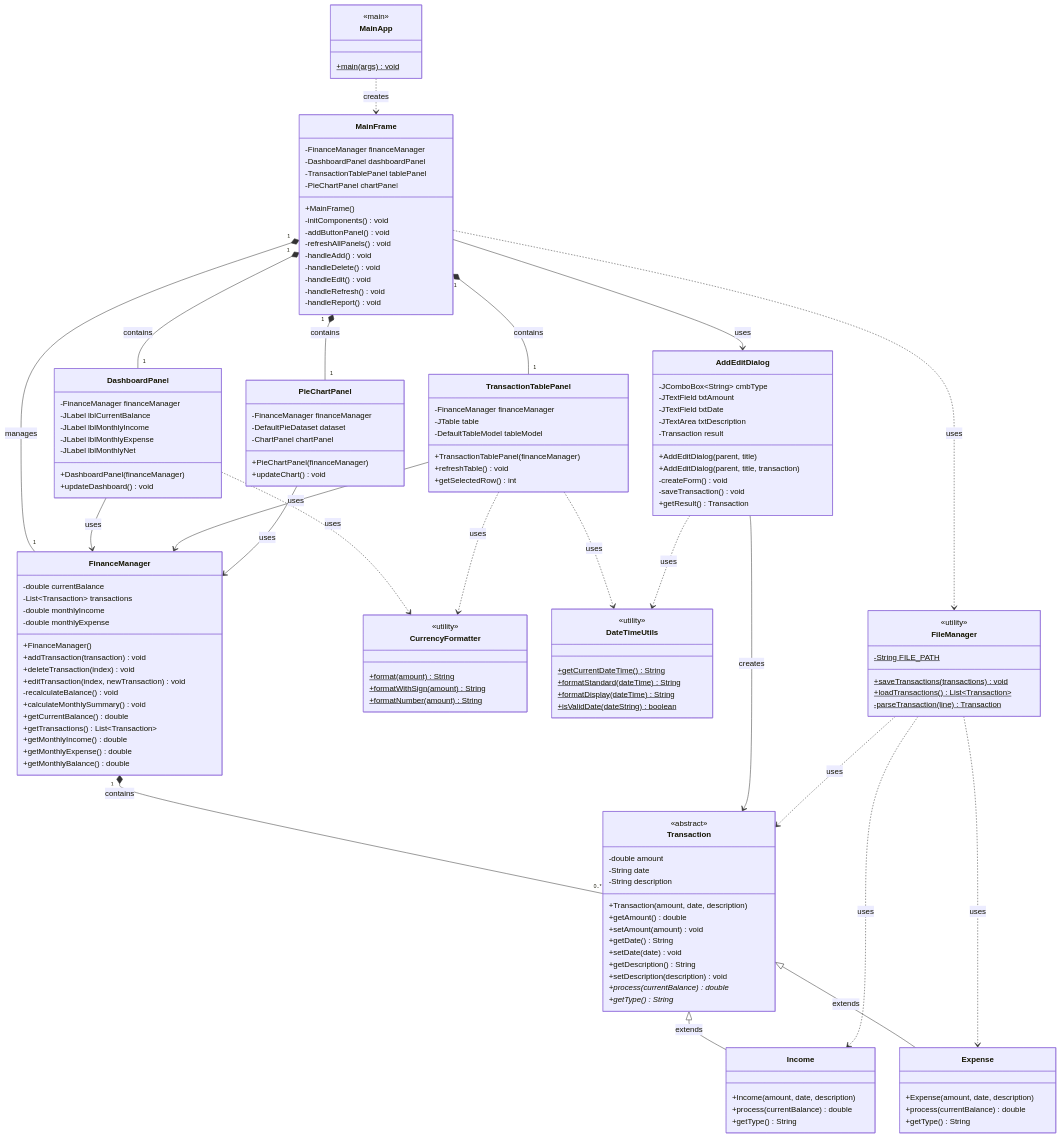
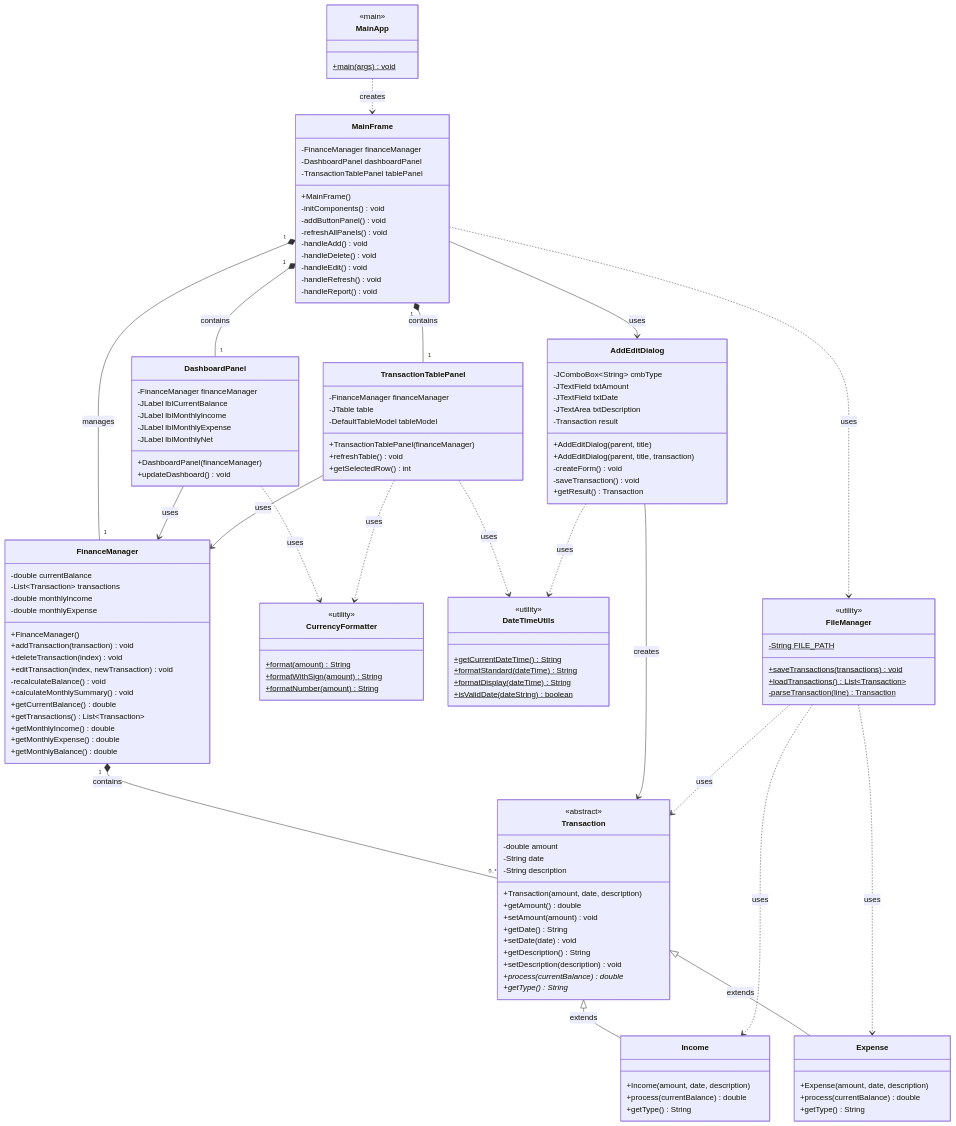
Before and after one commit to FataZikrillah/PBO-UAS: the second of 5 diagrams in UML.md, drawn with Mermaid. The commit also changed other lines of this file and 3 other files, not shown here.

```diff
--- a/UML.md
+++ b/UML.md
@@ -94,7 +94,6 @@
         -FinanceManager financeManager
         -DashboardPanel dashboardPanel
         -TransactionTablePanel tablePanel
-        -PieChartPanel chartPanel
         +MainFrame()
         -initComponents() void
         -addButtonPanel() void
@@ -123,14 +122,6 @@
         +TransactionTablePanel(financeManager)
         +refreshTable() void
         +getSelectedRow() int
-    }
-    
-    class PieChartPanel {
-        -FinanceManager financeManager
-        -DefaultPieDataset dataset
-        -ChartPanel chartPanel
-        +PieChartPanel(financeManager)
-        +updateChart() void
     }
     
     class AddEditDialog {
@@ -184,12 +175,10 @@
     MainFrame "1" *-- "1" FinanceManager : manages
     MainFrame "1" *-- "1" DashboardPanel : contains
     MainFrame "1" *-- "1" TransactionTablePanel : contains
-    MainFrame "1" *-- "1" PieChartPanel : contains
     
     %% Relationships - Association
     DashboardPanel --> FinanceManager : uses
     TransactionTablePanel --> FinanceManager : uses
-    PieChartPanel --> FinanceManager : uses
     AddEditDialog --> Transaction : creates
     MainFrame --> AddEditDialog : uses
     
```
